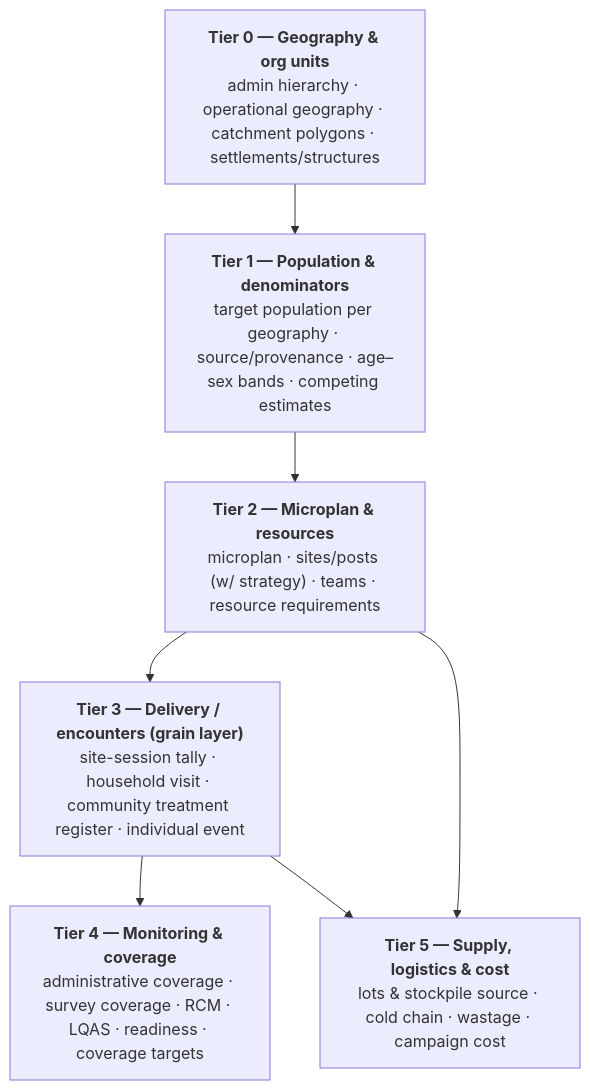
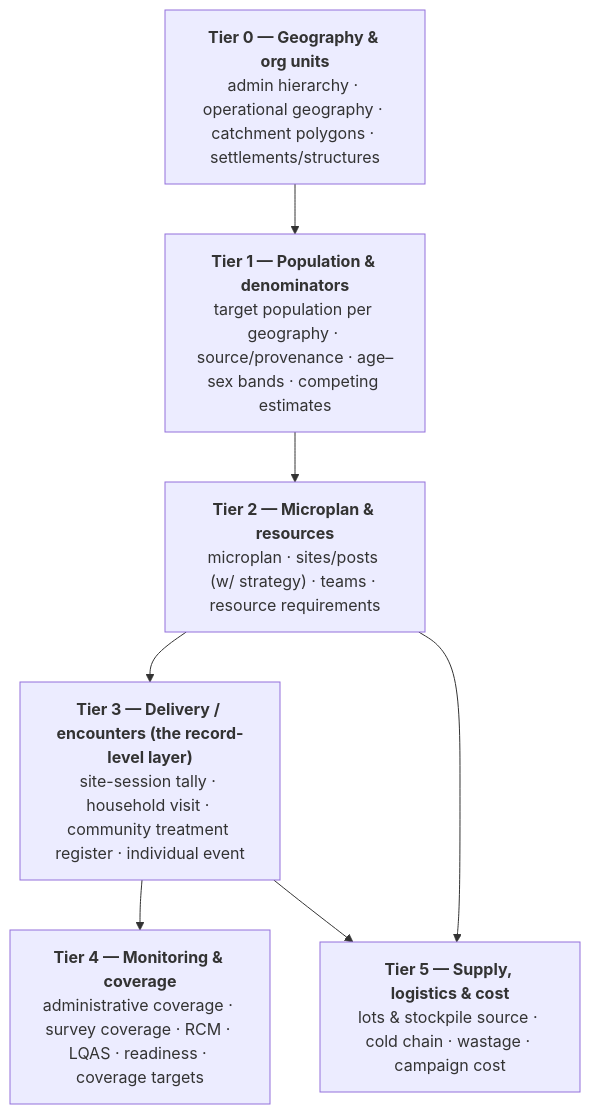
One commit to recodelabs/icr changed the fourth of 9 diagrams in project/icr-v1.md. Above: the diagram before and after it, drawn with Mermaid. The commit also changed other lines of this file, not shown here.

Commit message:
docs(icr-v1): rewrite pass — GERS/location-identity section, grain rename, gap-analysis additions (v0.4.0)

````diff
--- a/project/icr-v1.md
+++ b/project/icr-v1.md
@@ -198,12 +198,12 @@
 ```mermaid
 flowchart TB
     T0["<b>Tier 0 — Geography & org units</b><br/>admin hierarchy · operational geography · catchment polygons · settlements/structures"]
     T1["<b>Tier 1 — Population & denominators</b><br/>target population per geography · source/provenance · age–sex bands · competing estimates"]
     T2["<b>Tier 2 — Microplan & resources</b><br/>microplan · sites/posts (w/ strategy) · teams · resource requirements"]
-    T3["<b>Tier 3 — Delivery / encounters (grain layer)</b><br/>site-session tally · household visit · community treatment register · individual event"]
+    T3["<b>Tier 3 — Delivery / encounters (the record-level layer)</b><br/>site-session tally · household visit · community treatment register · individual event"]
     T4["<b>Tier 4 — Monitoring & coverage</b><br/>administrative coverage · survey coverage · RCM · LQAS · readiness · coverage targets"]
     T5["<b>Tier 5 — Supply, logistics & cost</b><br/>lots & stockpile source · cold chain · wastage · campaign cost"]
     T0 --> T1 --> T2 --> T3 --> T4
     T2 --> T5
     T3 --> T5
 ```
````
